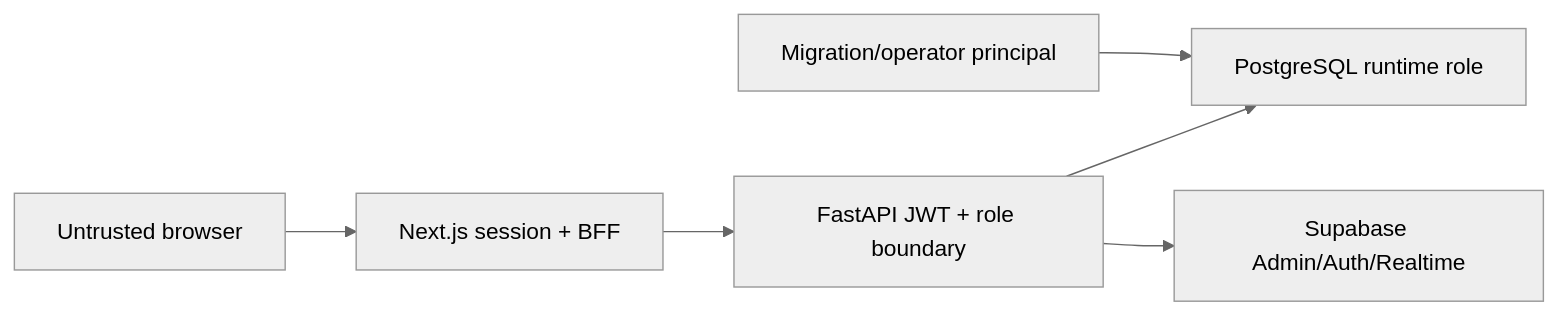
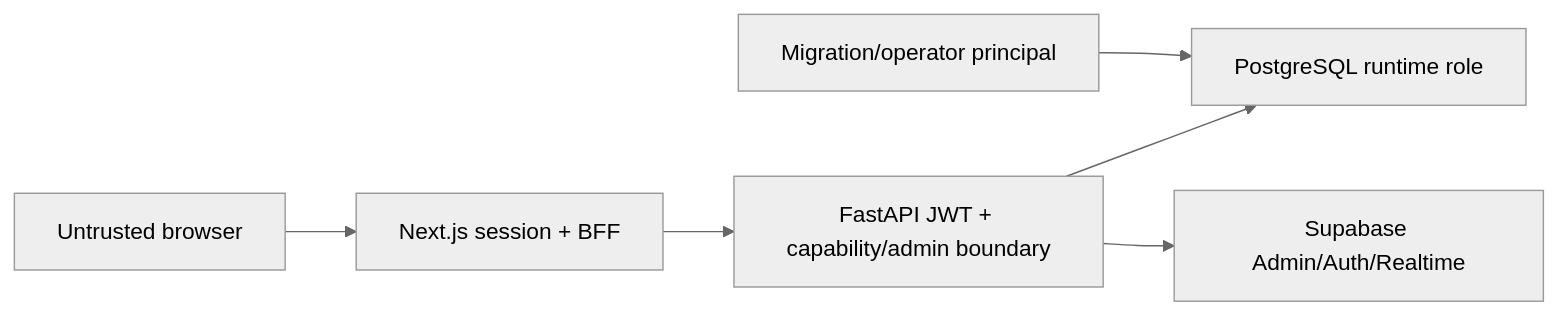
The diagram in docs/architecture/14-security-architecture.md (jayeuse/openslate), drawn with Mermaid (neutral theme) before and after one commit. The commit also changed other lines of this file and 50 other files, not shown here.

````diff
--- a/docs/architecture/14-security-architecture.md
+++ b/docs/architecture/14-security-architecture.md
@@ -15,8 +15,8 @@
 ```mermaid
 flowchart LR
     Browser[Untrusted browser] --> Next[Next.js session + BFF]
-    Next --> API[FastAPI JWT + role boundary]
+    Next --> API[FastAPI JWT + capability/admin boundary]
     API --> RuntimeDB[PostgreSQL runtime role]
     API --> Supabase[Supabase Admin/Auth/Realtime]
     Owner[Migration/operator principal] --> RuntimeDB
 ```
````
